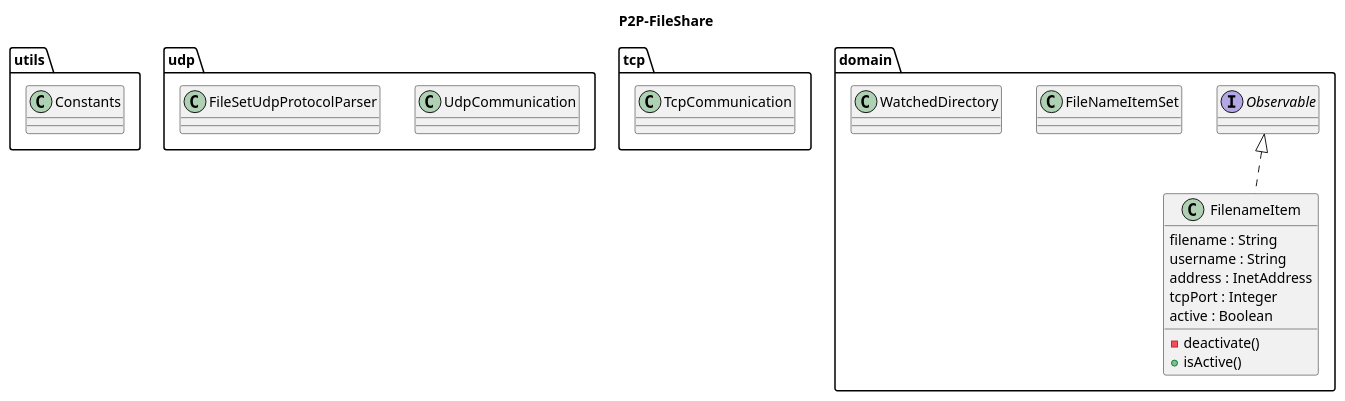
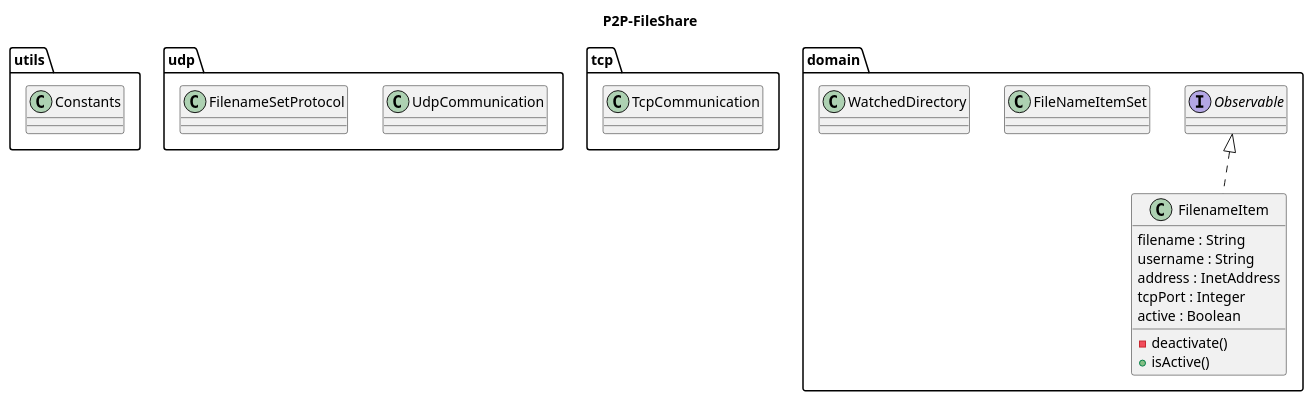
Before and after one commit to danieljfgoncalves/p2p-file-share-app: the diagram in resources/DomainModel.puml, drawn with PlantUML. The commit also changed 4 other files, not shown here.

```diff
--- a/resources/DomainModel.puml
+++ b/resources/DomainModel.puml
@@ -1,36 +1,36 @@
 @startuml
 title P2P-FileShare
 
 package "utils" {
     class Constants
 }
 
 package "udp" {
 
     class UdpCommunication
-    class FileSetUdpProtocolParser
+    class FilenameSetProtocol
 }
 
 package "tcp" {
 
     class TcpCommunication
 }
 
 package "domain" {
 
     class FilenameItem implements Observable {
 
         filename : String
         username : String
         address : InetAddress
         tcpPort : Integer
         active : Boolean
 
         -deactivate()
         +isActive()
     }
     class FileNameItemSet
     class WatchedDirectory
 }
 
 @enduml
```
